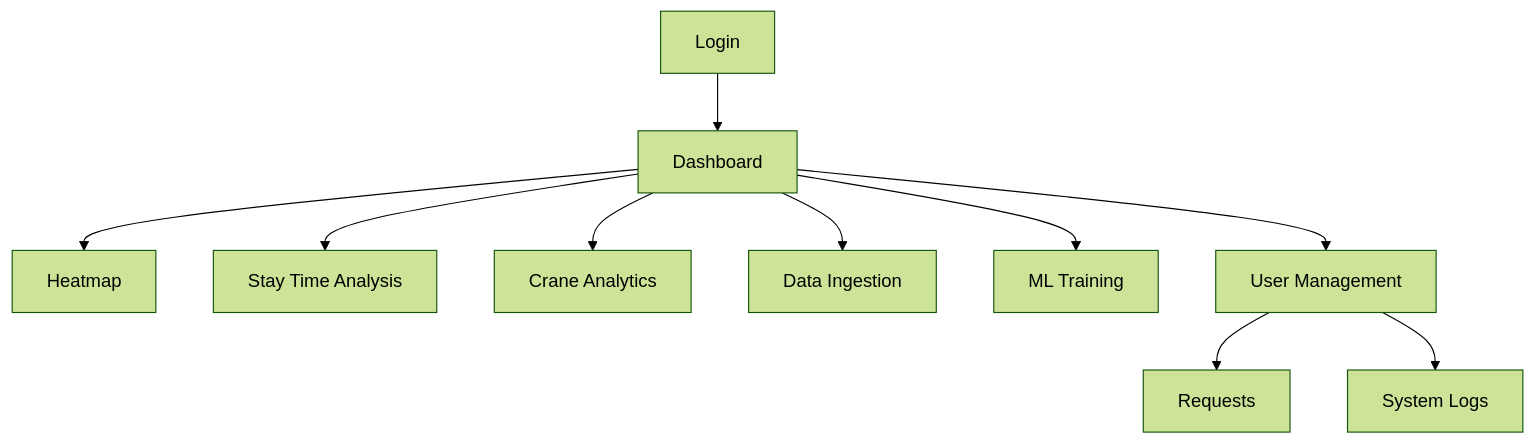
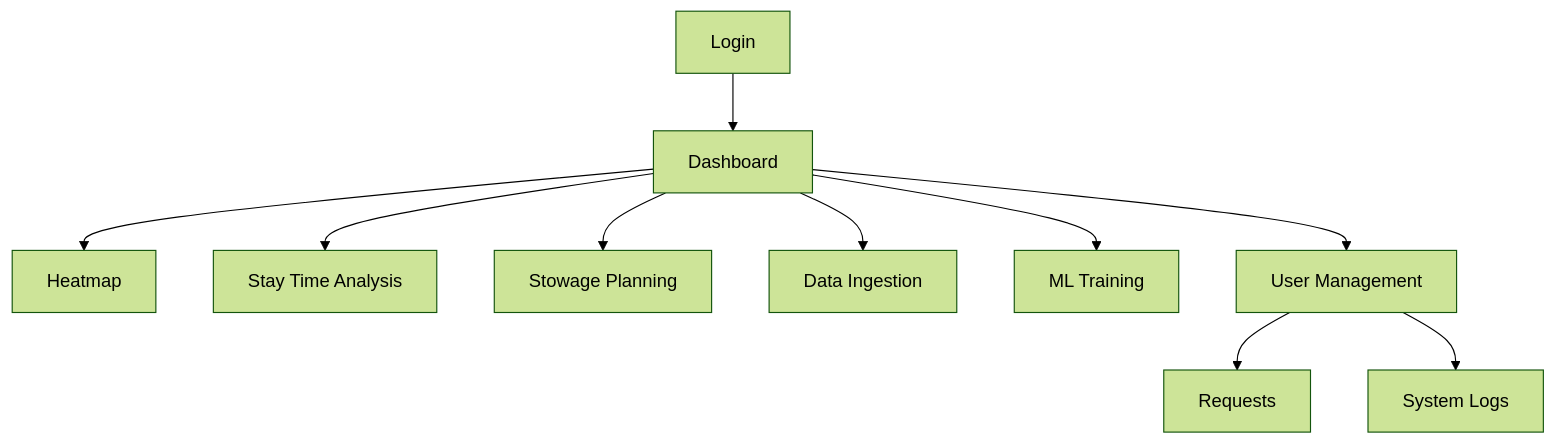
The seventh of 8 diagrams in README.md (SHATHISH-07/port-system), drawn with Mermaid (forest theme) before and after one commit. The commit also changed other lines of this file, not shown here.

````diff
--- a/README.md
+++ b/README.md
@@ -549,16 +555,16 @@
 ```mermaid
 graph TD
 
     A[Login]
     --> B[Dashboard]
 
     B --> C[Heatmap]
     B --> D[Stay Time Analysis]
-    B --> E[Crane Analytics]
+    B --> E[Stowage Planning]
     B --> F[Data Ingestion]
     B --> G[ML Training]
     B --> H[User Management]
 
     H --> I[Requests]
     H --> J[System Logs]
 ```
````
